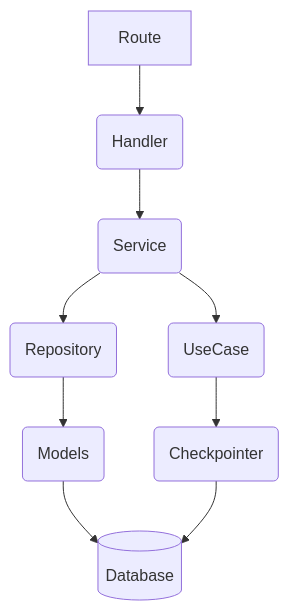
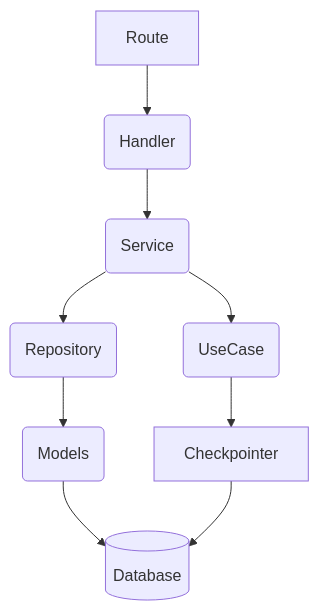
The diagram in README.md (matheus-amon/amon-claw), drawn with Mermaid before and after one commit. The commit also changed other lines of this file, not shown here.

````diff
--- a/README.md
+++ b/README.md
@@ -28,11 +35,11 @@
 ```mermaid
 flowchart TD
     A[Route] --> B(Handler)
     B --> C(Service)
     C --> D(UseCase)
     C --> E(Repository)
     E --> F(Models)
-    D --> G(Checkpointer)
+    D --> G[Checkpointer]
     F --> H@{ shape: cyl, label: "Database" }
     G --> H
 ```
````
